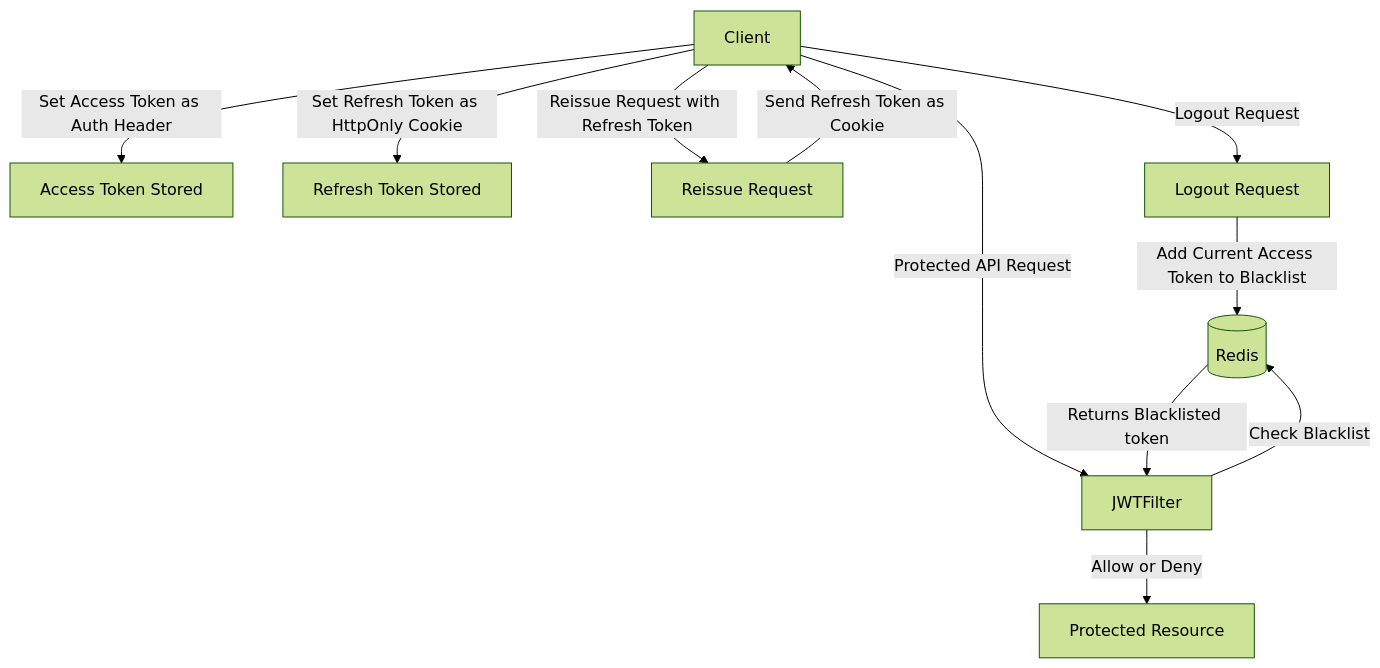
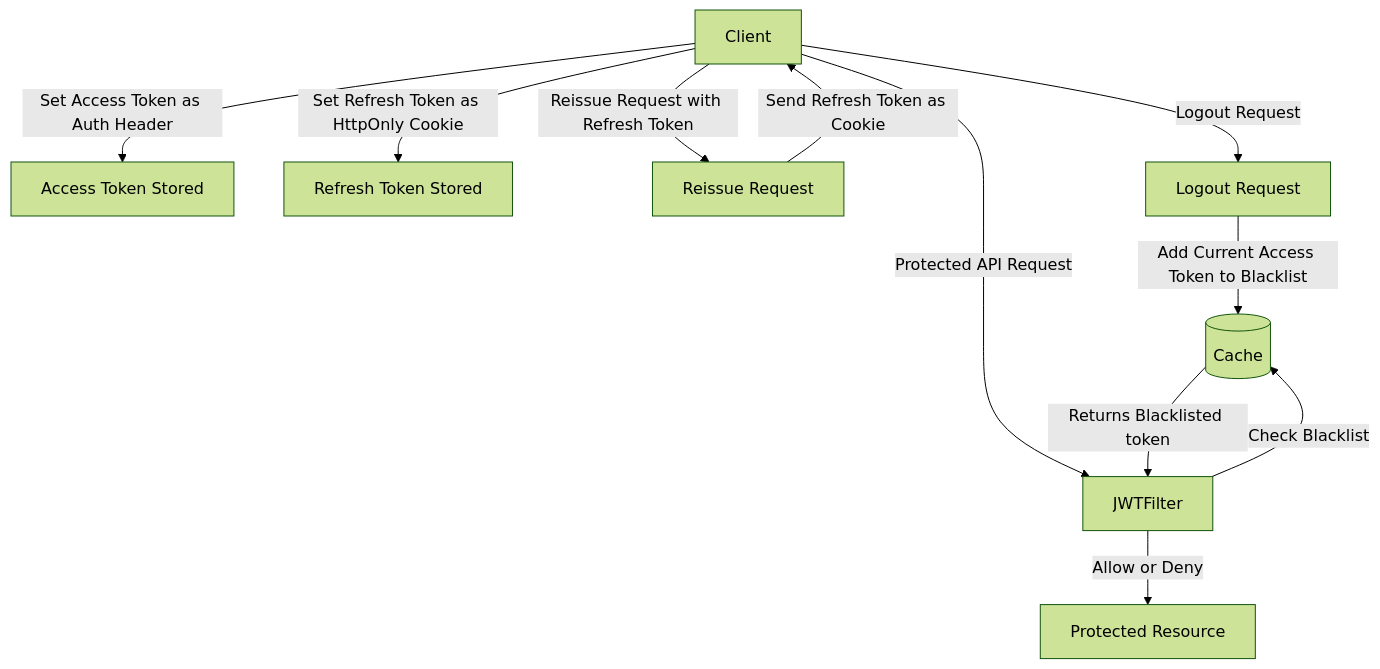
One commit to yelm-212/spring-jwt-login-logout changed the third of 3 diagrams in README.md. Above: the diagram before and after it, drawn with Mermaid (forest theme). The commit also changed other lines of this file, not shown here.

````diff
--- a/README.md
+++ b/README.md
@@ -42,22 +42,22 @@
 ```mermaid
 graph TD
    A[Client]
 
    A -->|Set Access Token as Auth Header| T1[Access Token Stored]
    A -->|Set Refresh Token as HttpOnly Cookie| T2[Refresh Token Stored]
 
    A -->|Reissue Request with Refresh Token| H[Reissue Request]
    H -->|Send Refresh Token as Cookie| A
 
    K -->|Add Current Access Token to Blacklist| J
    A -->|Logout Request| K[Logout Request]
 
    A -->|Protected API Request| F[JWTFilter]
-   F -->|Check Blacklist| J[(Redis)]
+   F -->|Check Blacklist| J[(Cache)]
    J -->|Returns Blacklisted token| F
    F -->|Allow or Deny| G[Protected Resource]
 
 
 
 
 ```
````
